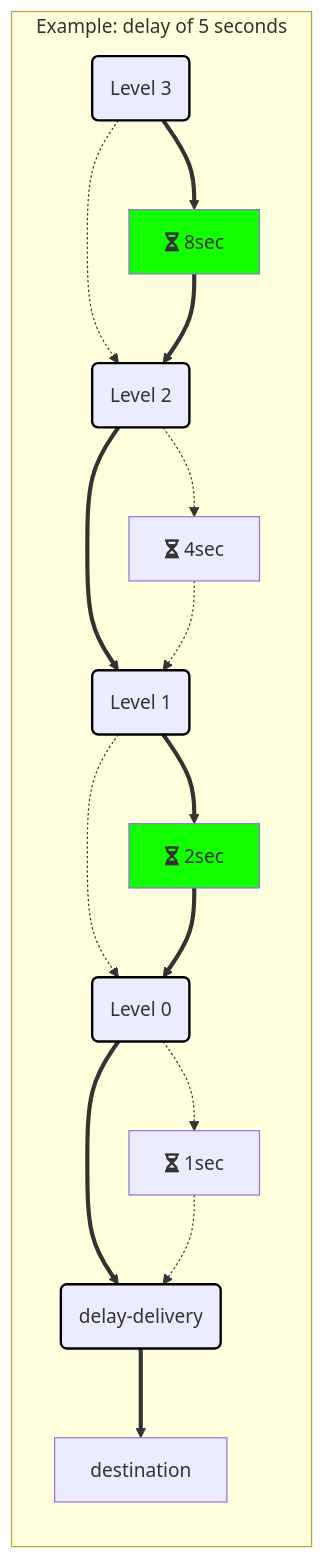
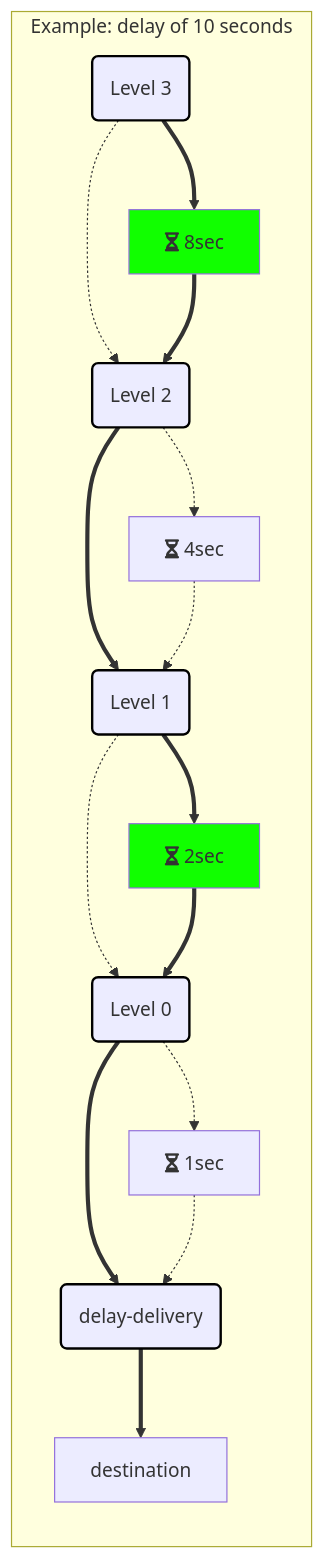
One commit to Particular/docs.particular.net changed the second of 2 diagrams in transports/rabbitmq/delayed-delivery.md. Above: the diagram before and after it, drawn with Mermaid.

Commit message:
Missed the caption

````diff
--- a/transports/rabbitmq/delayed-delivery.md
+++ b/transports/rabbitmq/delayed-delivery.md
@@ -125,41 +125,41 @@
 ```mermaid
 graph LR
 
-subgraph Example: delay of 5 seconds
+subgraph Example: delay of 10 seconds
 
 exchange3(Level 3)
 exchange2(Level 2)
 exchange1(Level 1)
 exchange0(Level 0)
 exchange-delivery(delay-delivery)
 q3[fa:fa-hourglass-half 8sec]
 q2[fa:fa-hourglass-half 4sec]
 q1[fa:fa-hourglass-half 2sec]
 q0[fa:fa-hourglass-half 1sec]
 
 exchange3 ==> q3
 exchange3 .->exchange2
 q3 ==> exchange2
 
 exchange2 .-> q2
 exchange2 ==>exchange1
 q2 .-> exchange1
 
 exchange1 ==> q1
 exchange1 .->exchange0
 q1 ==> exchange0
 
 exchange0 .-> q0
 exchange0 ==>exchange-delivery
 q0 .-> exchange-delivery
 
 exchange-delivery ==> dest[destination]
 
 classDef exchangeClass stroke:#000000,stroke-width:2px;
 class exchange3,exchange2,exchange1,exchange0,exchange-delivery exchangeClass
 
 classDef usedQueue fill:#11ff00;
 class q1,q3 usedQueue
 
 end
 ```
````
